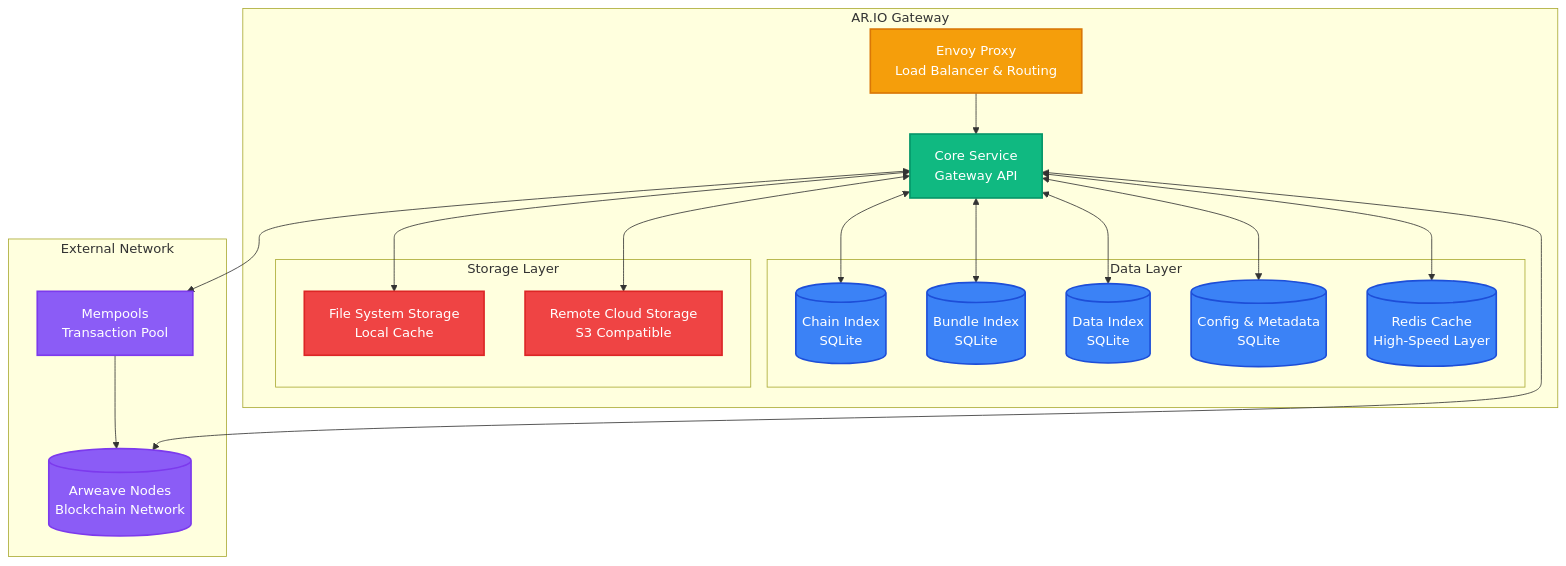
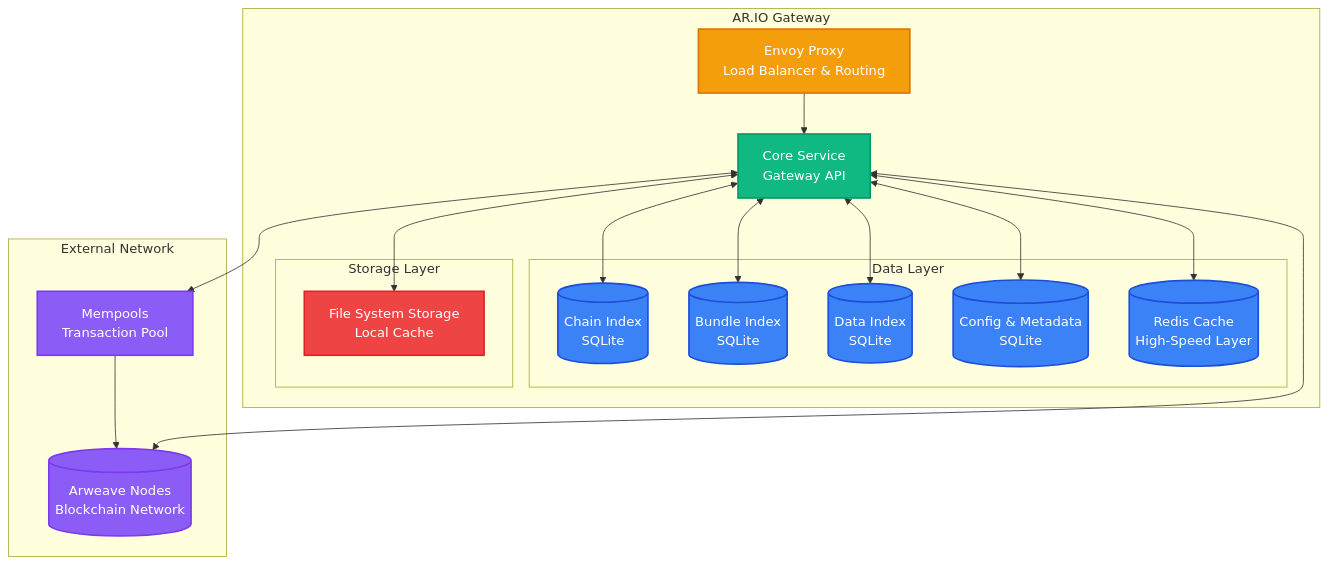
The diagram in content/learn/gateways/architecture.mdx (ar-io/docs), drawn with Mermaid before and after one commit. The commit also changed other lines of this file and 2 other files, not shown here.

````diff
--- a/content/learn/gateways/architecture.mdx
+++ b/content/learn/gateways/architecture.mdx
@@ -8,53 +10,51 @@
 ```mermaid
 graph TB
     subgraph Gateway ["AR.IO Gateway"]
         ENVOY[Envoy Proxy<br/>Load Balancer & Routing]
         
         API[Core Service<br/>Gateway API]
         
         subgraph "Data Layer"
             DB1[(Chain Index<br/>SQLite)]
             DB2[(Bundle Index<br/>SQLite)]
             DB3[(Data Index<br/>SQLite)]
             DB4[(Config & Metadata<br/>SQLite)]
             REDIS[(Redis Cache<br/>High-Speed Layer)]
         end
         
         subgraph "Storage Layer"
             FS[File System Storage<br/>Local Cache]
-            CLOUD[Remote Cloud Storage<br/>S3 Compatible]
         end
     end
     
     subgraph External ["External Network"]
         MEMPOOLS[Mempools<br/>Transaction Pool]
         ARWEAVE[(Arweave Nodes<br/>Blockchain Network)]
         MEMPOOLS --> ARWEAVE
     end
 
     ENVOY --> API
 
     API <--> DB1
     API <--> DB2
     API <--> DB3
     API <--> DB4
     API <--> REDIS
     
     API <--> FS
-    API <--> CLOUD
 
     API <--> ARWEAVE
     API <--> MEMPOOLS
 
     classDef database fill:#3b82f6,stroke:#1d4ed8,stroke-width:2px,color:#fff
     classDef service fill:#10b981,stroke:#059669,stroke-width:2px,color:#fff
     classDef proxy fill:#f59e0b,stroke:#d97706,stroke-width:2px,color:#fff
     classDef external fill:#8b5cf6,stroke:#7c3aed,stroke-width:2px,color:#fff
     classDef storage fill:#ef4444,stroke:#dc2626,stroke-width:2px,color:#fff
     
     class DB1,DB2,DB3,DB4,REDIS database
     class API service
     class ENVOY proxy
     class ARWEAVE,MEMPOOLS external
-    class FS,CLOUD storage
+    class FS storage
 ```
````
